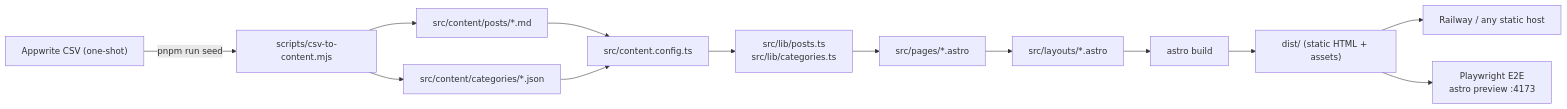
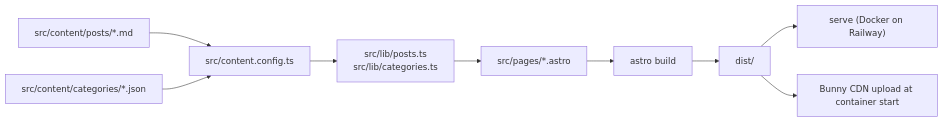
One commit to sg208/mindful changed the diagram in README.md. Above: the diagram before and after it, drawn with Mermaid. The commit also changed other lines of this file, not shown here.

````diff
--- a/README.md
+++ b/README.md
@@ -30,15 +17,11 @@
 ```mermaid
 flowchart LR
-  csv["Appwrite CSV (one-shot)"] -->|"pnpm run seed"| seed[scripts/csv-to-content.mjs]
-  seed --> posts["src/content/posts/*.md"]
-  seed --> cats["src/content/categories/*.json"]
-  posts --> schema[src/content.config.ts]
-  cats --> schema
+  posts["src/content/posts/*.md"] --> schema[src/content.config.ts]
+  cats["src/content/categories/*.json"] --> schema
   schema --> helpers["src/lib/posts.ts<br/>src/lib/categories.ts"]
   helpers --> pages["src/pages/*.astro"]
-  pages --> layouts["src/layouts/*.astro"]
-  layouts --> astroBuild["astro build"]
-  astroBuild --> dist["dist/ (static HTML + assets)"]
-  dist --> host[Railway / any static host]
-  dist --> e2e["Playwright E2E<br/>astro preview :4173"]
+  pages --> build["astro build"]
+  build --> dist["dist/"]
+  dist --> serve["serve (Docker on Railway)"]
+  dist --> cdn["Bunny CDN upload at container start"]
 ```
````
